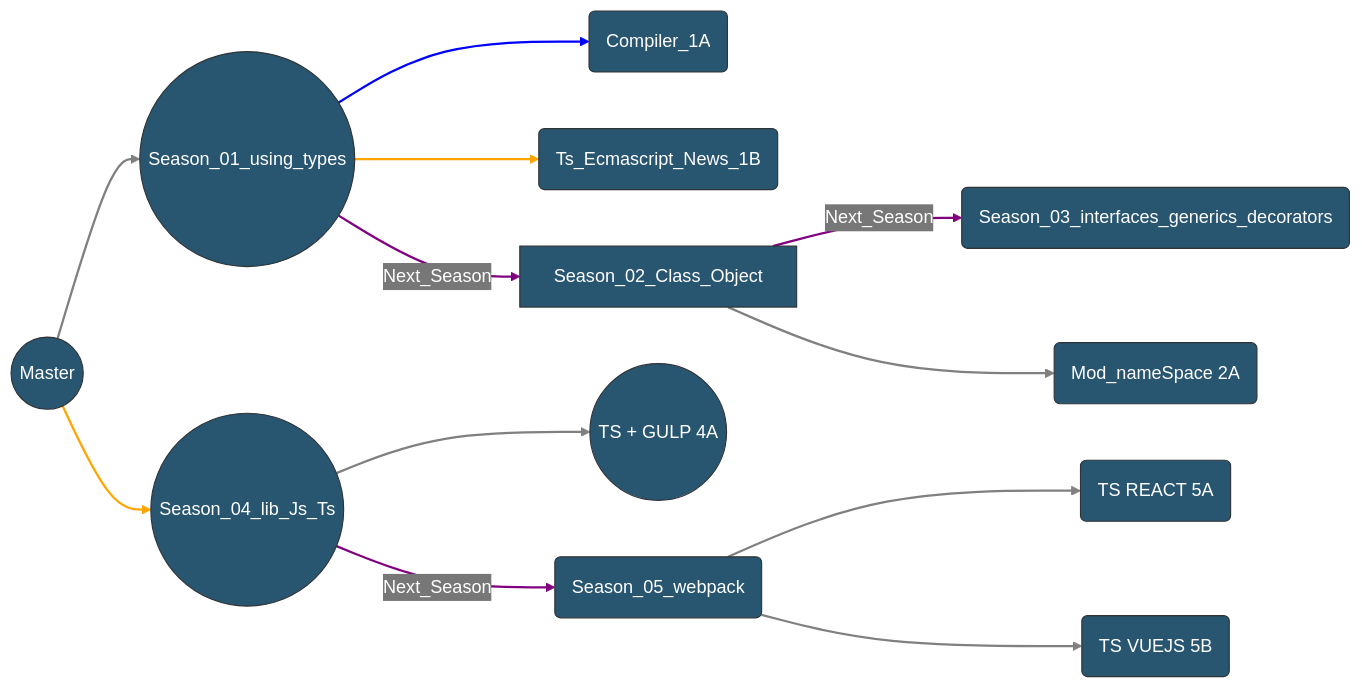
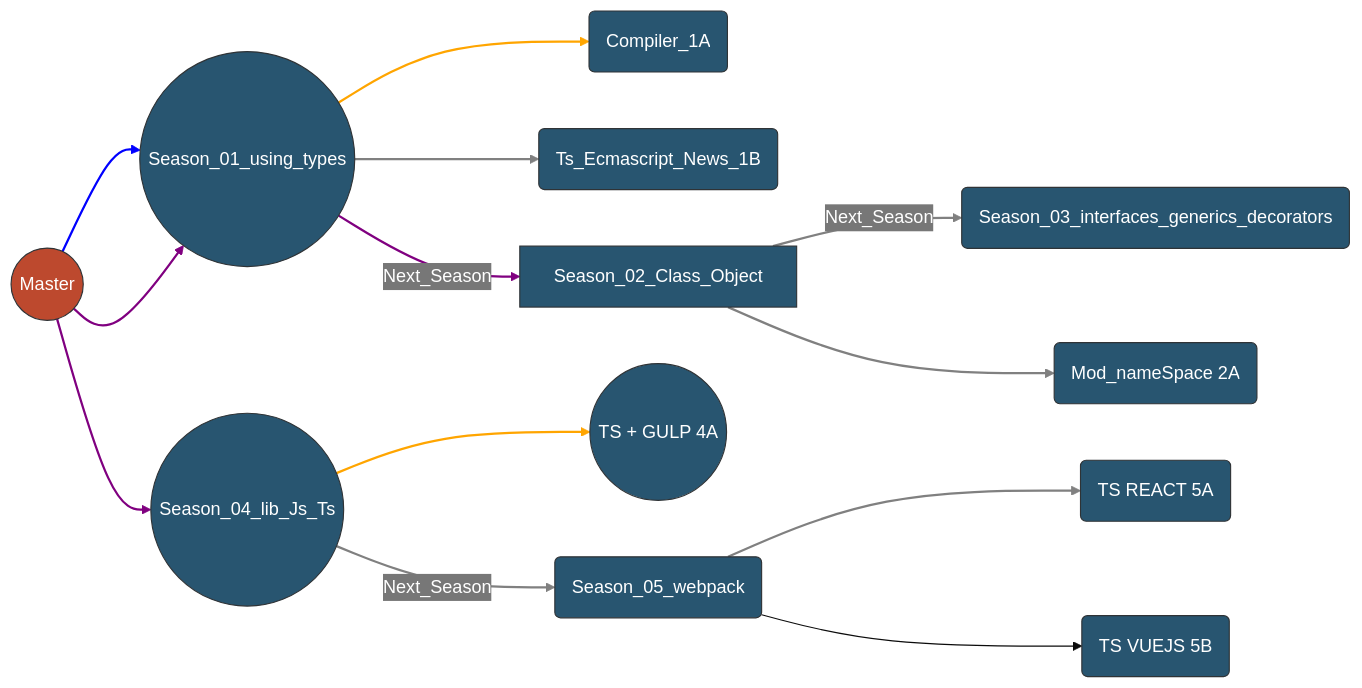
The diagram in readme.md (TeoNogueira/TypeScript-2022), drawn with Mermaid before and after one commit.

Commit message:
Mermaid FlowChart
Só falta os links  e a cor das arrows:

```mermaid
 flowchart LR
A["Link externo "] --> c

click A "https://www.google.com.br"

````diff
--- a/readme.md
+++ b/readme.md
@@ -72,34 +72,38 @@
   ```mermaid
 
-%%{init: {'theme': 'base', 'themeVariables': { 'primaryColor': '#285570', 'edgeLabelBackground':'#777777', 'tertiaryColor': '#dcaab9', 'primaryTextColor': 'white'}}}%%
+%%{init: {'theme': 'base', 'themeVariables': { 'primaryColor': '#285570', 'edgeLabelBackground':'#777777', 'tertiaryColor': '#285570', 'primaryTextColor': 'white'}}}%%
 
-graph LR;
+flowchart LR;
+
+ A:::someclass --> 1
+    classDef someclass fill:#bd492e;
+    
 1(Season_01) --> 1A(Compiler_1A) 
 1(Season_01) --> 1B(Ts_Ecmascript_News_1B) 
 A((Master)) --> 1((Season_01_using_types)) -->|Next_Season| 2((S_02)) --> |Next_Season| 3((S_03))
 2[Season_02_Class_Object]--> 2A(Mod_nameSpace 2A)
 
 3(Season_03_interfaces_generics_decorators) 
 4((Season_04_lib_Js_Ts)) --> 4A((TS + GULP 4A))
 A((Master)) --> 4((Season_04_lib_Js_Ts)) -->|Next_Season|5(S_05)
 
 
 5(Season_05) --> 5A(TS REACT 5A) 
 5(Season_05_webpack) --> 5B(TS VUEJS 5B)
 
 
 
      linkStyle 0 stroke-width:2px,fill:none,stroke:blue;
         linkStyle 1 stroke-width:2px,fill:none,stroke:orange;
         linkStyle 2 stroke-width:2px,fill:none,stroke:gray;
         linkStyle 3 stroke-width:2px,fill:none,stroke:purple;
         linkStyle 4 stroke-width:2px,fill:none,stroke:purple;
           linkStyle 5 stroke-width:2px,fill:none,stroke:gray;
           linkStyle 6 stroke-width:2px,fill:none,stroke:gray;
           linkStyle 7 stroke-width:2px,fill:none,stroke:orange;
           linkStyle 8 stroke-width:2px,fill:none,stroke:purple;
           linkStyle 9 stroke-width:2px,fill:none,stroke:gray;
           linkStyle 10 stroke-width:2px,fill:none,stroke:gray;
 
 
  ```
````
